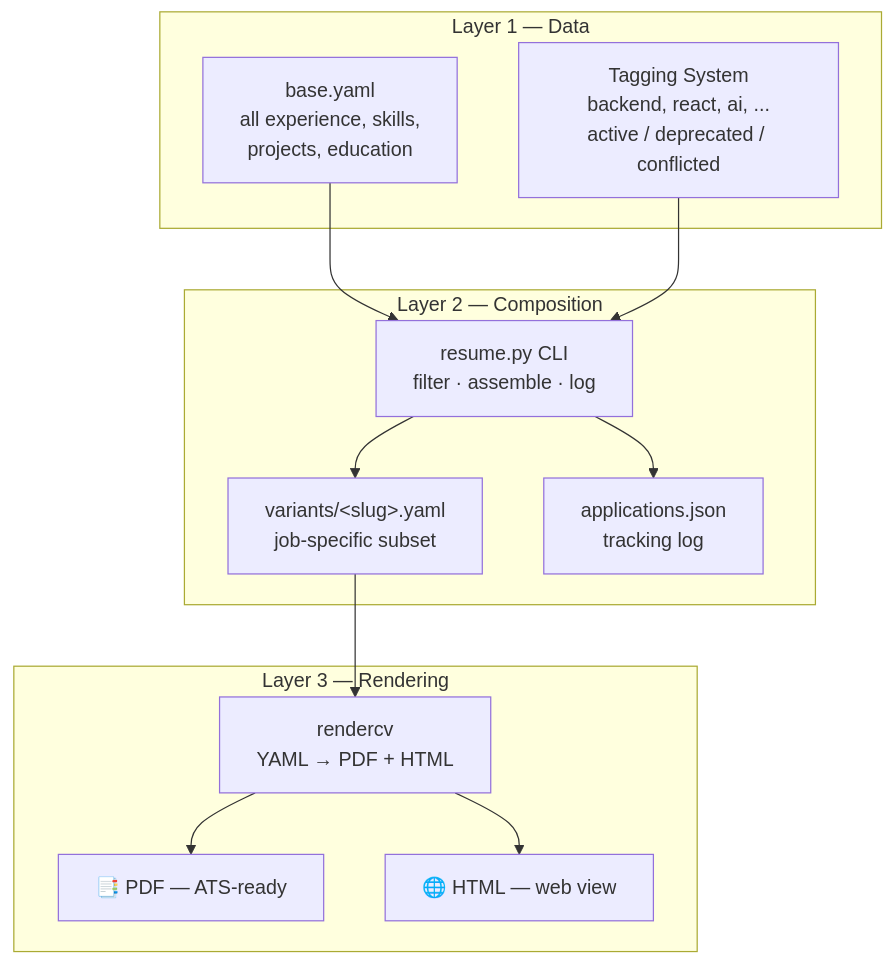
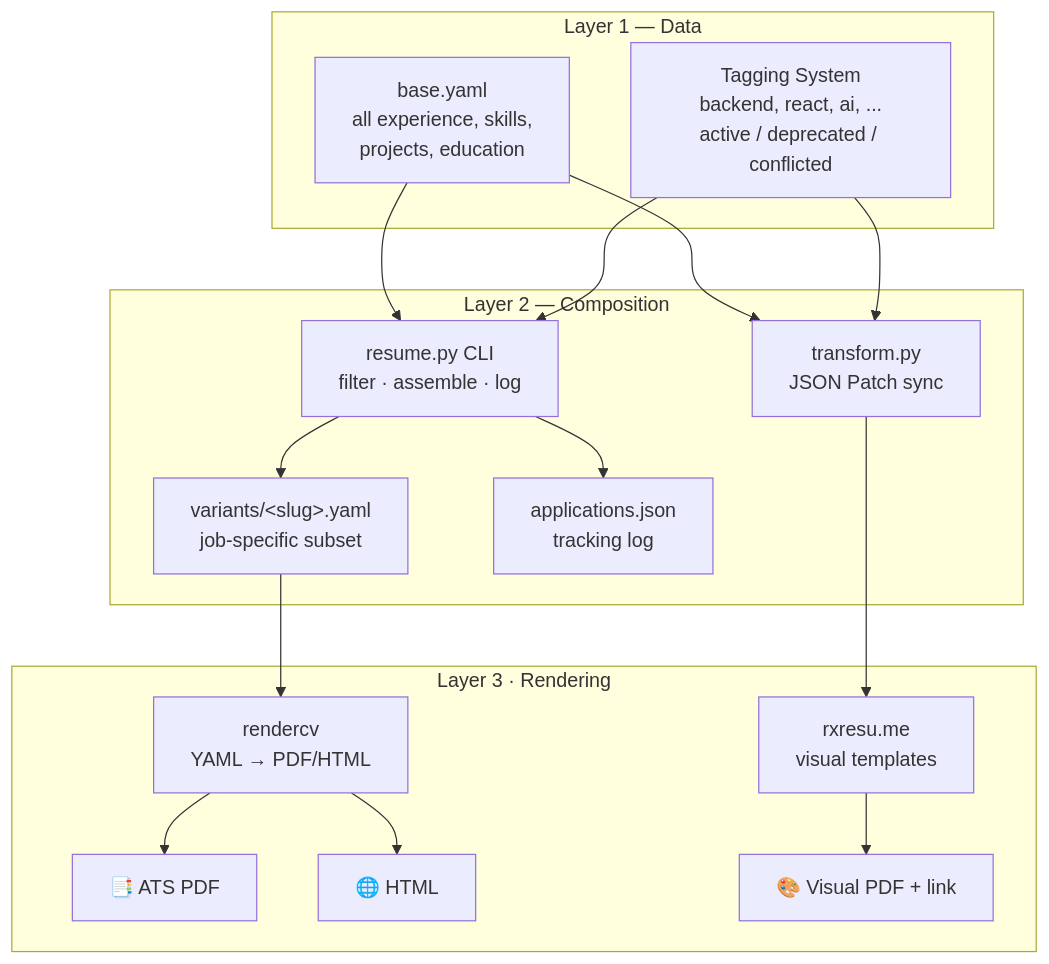
The second of 2 diagrams in README.md (jxjwilliam/resume-generator), drawn with Mermaid before and after one commit. The commit also changed other lines of this file and 6 other files, not shown here.

First line of the commit message:
Improve rxresu.me sync and document dual render paths.

````diff
--- a/README.md
+++ b/README.md
@@ -121,27 +162,34 @@
 ```mermaid
 flowchart TB
     subgraph L1["Layer 1 — Data"]
         BY["base.yaml<br/>all experience, skills,<br/>projects, education"]
         AG["Tagging System<br/>backend, react, ai, ...<br/>active / deprecated / conflicted"]
     end
 
     subgraph L2["Layer 2 — Composition"]
         RP["resume.py CLI<br/>filter · assemble · log"]
+        TP["transform.py<br/>JSON Patch sync"]
         VY["variants/&lt;slug&gt;.yaml<br/>job-specific subset"]
         AJ["applications.json<br/>tracking log"]
     end
 
-    subgraph L3["Layer 3 — Rendering"]
-        RC["rendercv<br/>YAML → PDF + HTML"]
-        PDF["📑 PDF — ATS-ready"]
-        HTML["🌐 HTML — web view"]
+    subgraph L3["Layer 3 · Rendering"]
+        RC["rendercv<br/>YAML → PDF/HTML"]
+        RX["rxresu.me<br/>visual templates"]
+        PDF["📑 ATS PDF"]
+        HTML["🌐 HTML"]
+        VIS["🎨 Visual PDF + link"]
     end
 
     BY --> RP
     AG --> RP
+    BY --> TP
+    AG --> TP
     RP --> VY
     RP --> AJ
     VY --> RC
+    TP --> RX
     RC --> PDF
     RC --> HTML
+    RX --> VIS
 ```
````
